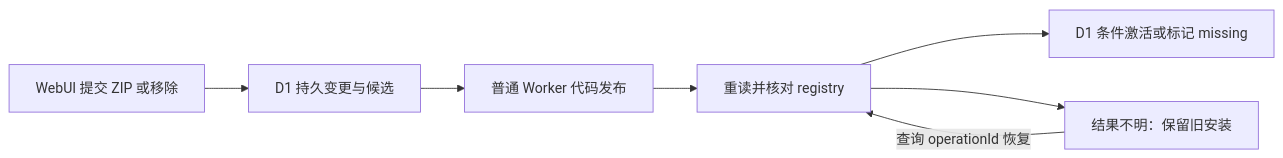
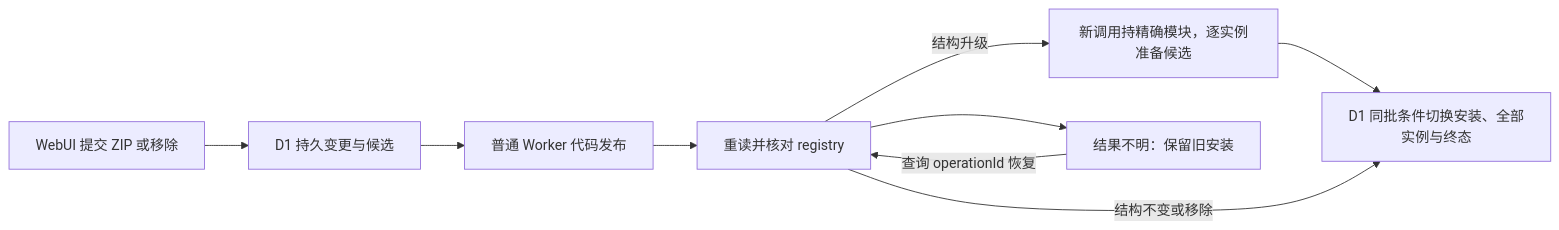
Before and after one commit to shengyusi-SYS/musicfs: the diagram in docs/adr/0006-worker-code-publication.md, drawn with Mermaid. The commit also changed other lines of this file and 40 other files, not shown here.

````diff
--- a/docs/adr/0006-worker-code-publication.md
+++ b/docs/adr/0006-worker-code-publication.md
@@ -11,9 +13,11 @@
 ```mermaid
 flowchart LR
   UI[WebUI 提交 ZIP 或移除] --> Op[D1 持久变更与候选]
   Op --> CF[普通 Worker 代码发布]
   CF --> Check[重读并核对 registry]
-  Check --> Active[D1 条件激活或标记 missing]
+  Check -->|结构升级| Candidate[新调用持精确模块，逐实例准备候选]
+  Candidate --> Active[D1 同批条件切换安装、全部实例与终态]
+  Check -->|结构不变或移除| Active
   Check --> Wait[结果不明：保留旧安装]
   Wait -->|查询 operationId 恢复| Check
 ```
````
